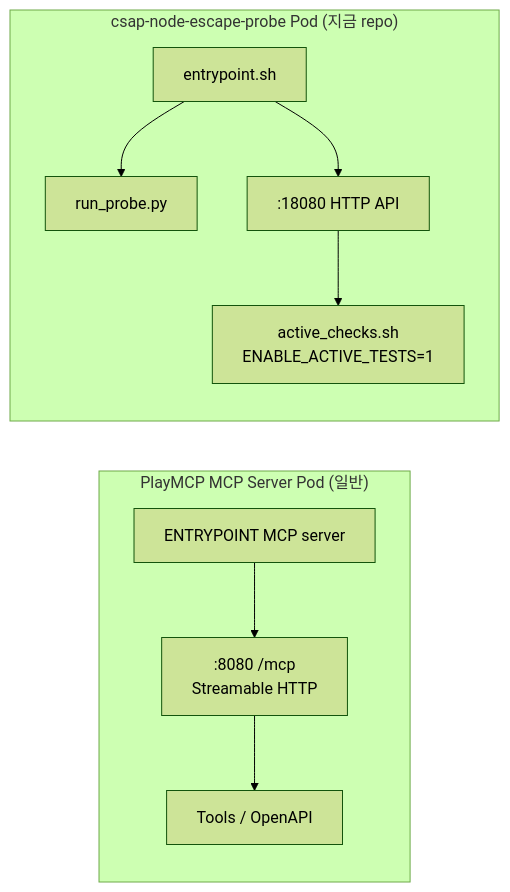
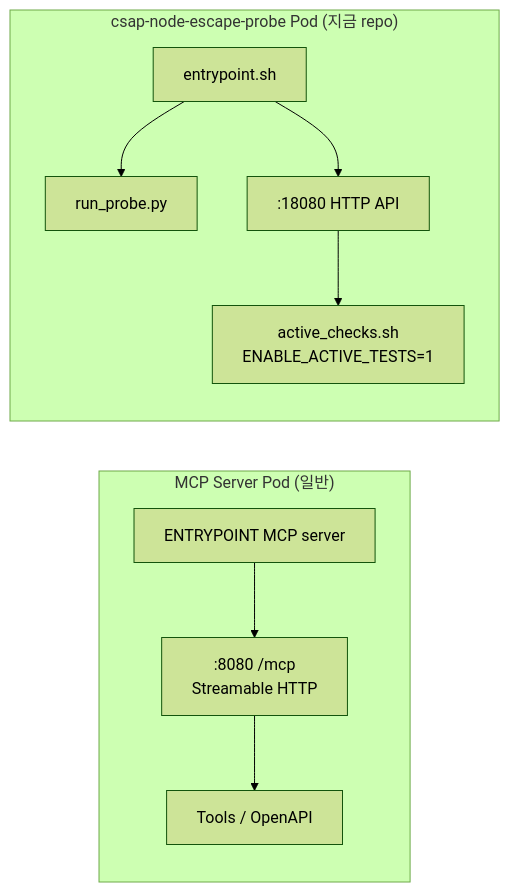
The fourth of 5 diagrams in ARCHITECTURE.md (pgt0312/Kuma-test), drawn with Mermaid (forest theme) before and after one commit. The commit also changed other lines of this file and 11 other files, not shown here.

````diff
--- a/ARCHITECTURE.md
+++ b/ARCHITECTURE.md
@@ -135,19 +135,19 @@
 ```mermaid
 flowchart LR
-    subgraph mcp_pod["PlayMCP MCP Server Pod (일반)"]
+    subgraph mcp_pod["MCP Server Pod (일반)"]
         M1["ENTRYPOINT MCP server"]
         M2[":8080 /mcp<br/>Streamable HTTP"]
         M3["Tools / OpenAPI"]
         M1 --> M2 --> M3
     end
 
     subgraph probe_pod["csap-node-escape-probe Pod (지금 repo)"]
         E1["entrypoint.sh"]
         E2["run_probe.py"]
         E3[":18080 HTTP API"]
         E4["active_checks.sh<br/>ENABLE_ACTIVE_TESTS=1"]
         E1 --> E2
         E1 --> E3
         E3 --> E4
     end
 ```
````
